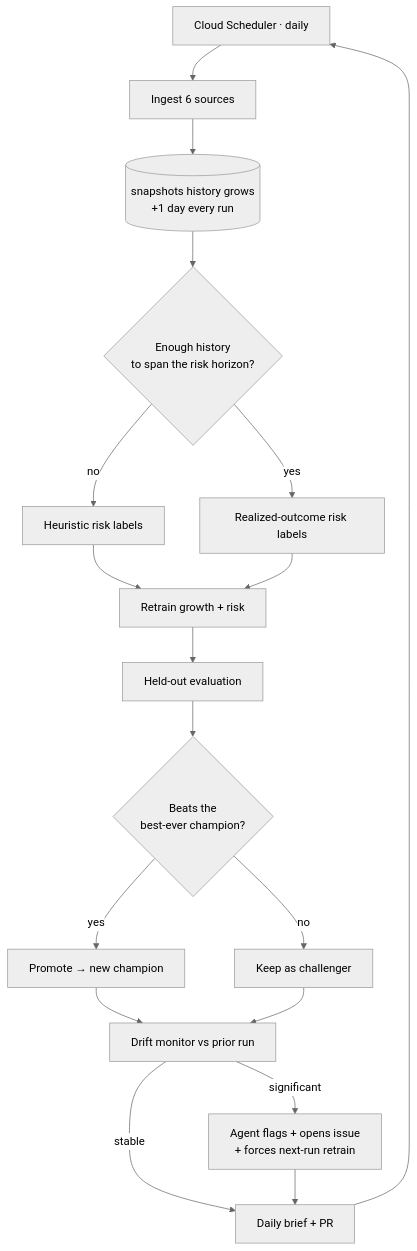
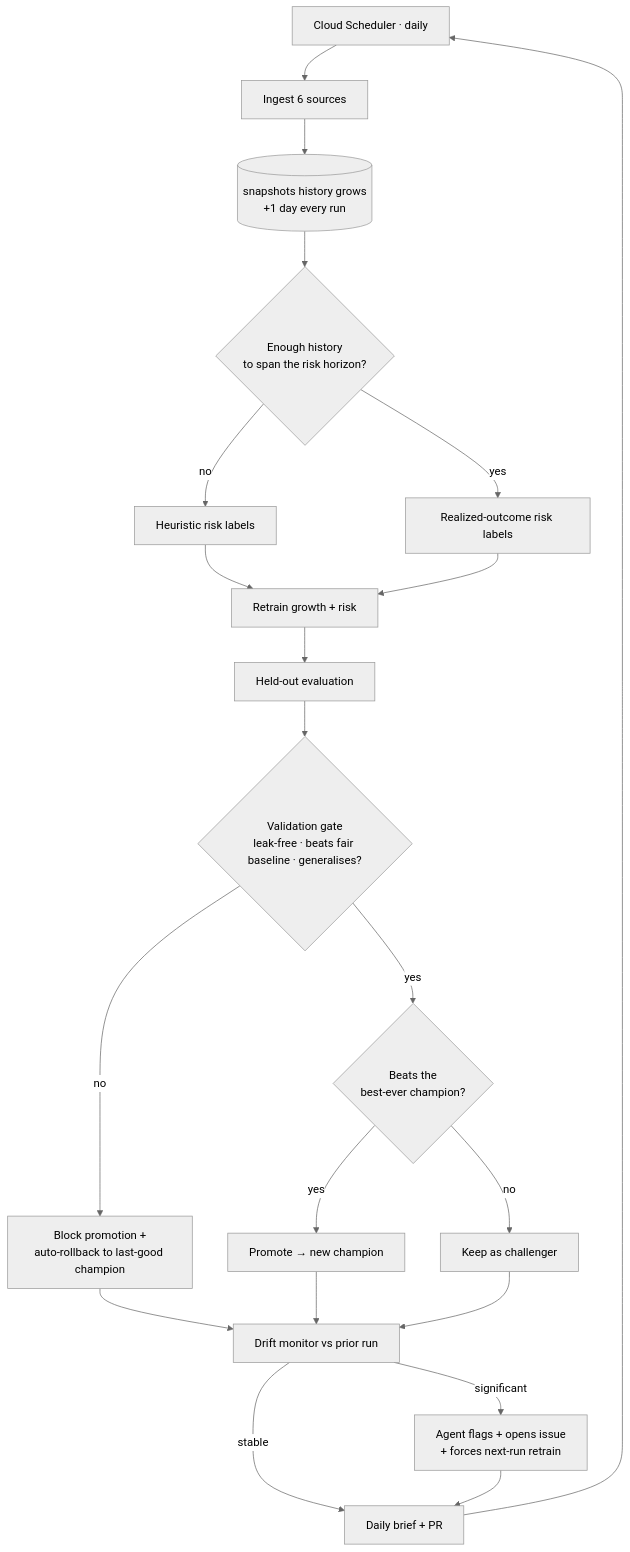
One commit to MiladShd/oss-radar changed the diagram in docs/IMPROVEMENT.md. Above: the diagram before and after it, drawn with Mermaid (neutral theme). The commit also changed other lines of this file and 57 other files, not shown here.

First line of the commit message:
Architecture guide, dependency audit, governance boilerplate (+ validation-gate) (#28)

````diff
--- a/docs/IMPROVEMENT.md
+++ b/docs/IMPROVEMENT.md
@@ -9,18 +9,20 @@
 ```mermaid
 flowchart TD
   S[Cloud Scheduler · daily] --> I[Ingest 6 sources]
   I --> H[(snapshots history grows<br/>+1 day every run)]
   H --> L{Enough history<br/>to span the risk horizon?}
   L -- no --> HL[Heuristic risk labels]
   L -- yes --> FL[Realized-outcome risk labels]
   HL & FL --> T[Retrain growth + risk]
   T --> E[Held-out evaluation]
-  E --> G{Beats the<br/>best-ever champion?}
+  E --> VG{Validation gate<br/>leak-free · beats fair baseline · generalises?}
+  VG -- no --> RB[Block promotion +<br/>auto-rollback to last-good champion]
+  VG -- yes --> G{Beats the<br/>best-ever champion?}
   G -- yes --> P[Promote → new champion]
   G -- no --> C[Keep as challenger]
-  P & C --> D[Drift monitor vs prior run]
+  RB & P & C --> D[Drift monitor vs prior run]
   D -- significant --> A[Agent flags + opens issue<br/>+ forces next-run retrain]
   D -- stable --> R[Daily brief + PR]
   A --> R
   R --> S
 ```
````
